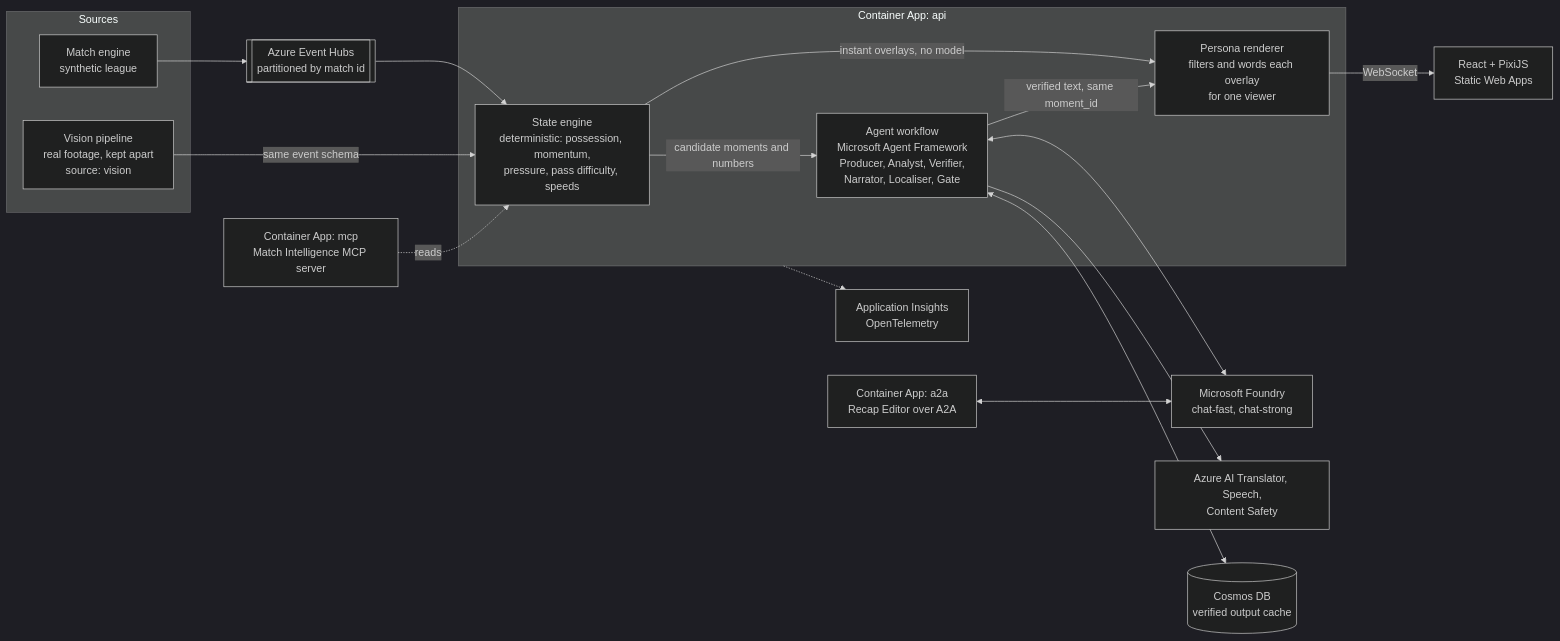
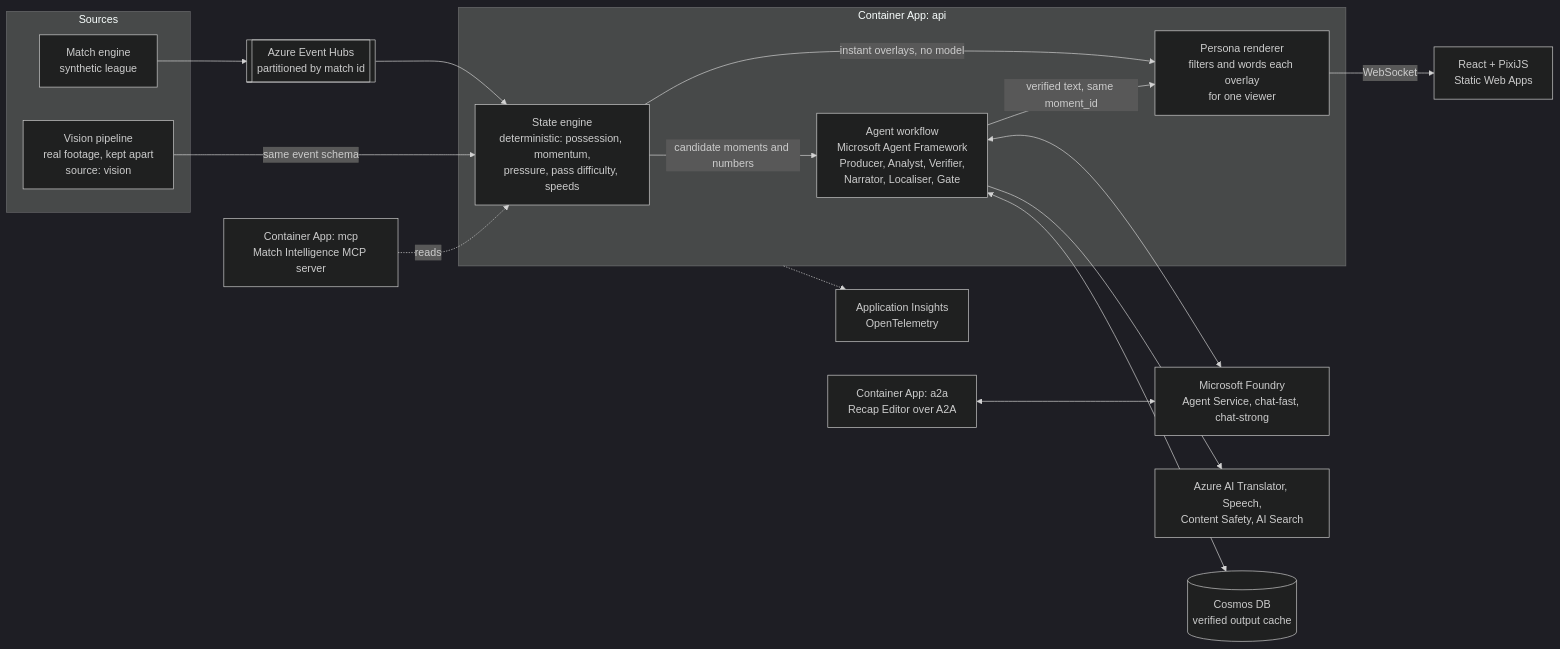
Before and after one commit to vishit18/Novessa-Pitchside: the first of 3 diagrams in README.md, drawn with Mermaid (dark theme). The commit also changed other lines of this file and 2 other files, not shown here.

````diff
--- a/README.md
+++ b/README.md
@@ -121,32 +121,32 @@
 ```mermaid
 flowchart LR
   subgraph SRC["Sources"]
     ENG["Match engine<br/>synthetic league"]
     VIS["Vision pipeline<br/>real footage, kept apart<br/>source: vision"]
   end
   EH[["Azure Event Hubs<br/>partitioned by match id"]]
   subgraph API["Container App: api"]
     STATE["State engine<br/>deterministic: possession, momentum,<br/>pressure, pass difficulty, speeds"]
     AGENTS["Agent workflow<br/>Microsoft Agent Framework<br/>Producer, Analyst, Verifier,<br/>Narrator, Localiser, Gate"]
     RENDER["Persona renderer<br/>filters and words each overlay<br/>for one viewer"]
   end
-  FOUNDRY["Microsoft Foundry<br/>chat-fast, chat-strong"]
-  AIS["Azure AI Translator, Speech,<br/>Content Safety"]
+  FOUNDRY["Microsoft Foundry<br/>Agent Service, chat-fast, chat-strong"]
+  AIS["Azure AI Translator, Speech,<br/>Content Safety, AI Search"]
   COSMOS[("Cosmos DB<br/>verified output cache")]
   MCP["Container App: mcp<br/>Match Intelligence MCP server"]
   A2A["Container App: a2a<br/>Recap Editor over A2A"]
   FE["React + PixiJS<br/>Static Web Apps"]
   MON["Application Insights<br/>OpenTelemetry"]
   ENG --> EH --> STATE
   VIS -->|same event schema| STATE
   STATE -->|instant overlays, no model| RENDER
   STATE -->|candidate moments and numbers| AGENTS
   AGENTS <--> FOUNDRY
   AGENTS --> AIS
   AGENTS <--> COSMOS
   AGENTS -->|verified text, same moment_id| RENDER
   RENDER -->|WebSocket| FE
   MCP -.->|reads| STATE
   A2A <--> FOUNDRY
   API -.-> MON
 ```
````
